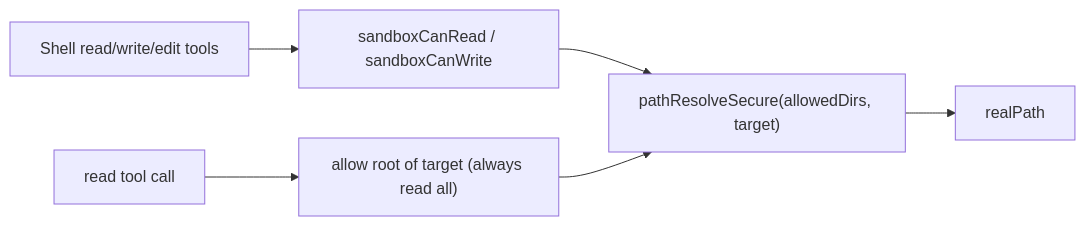
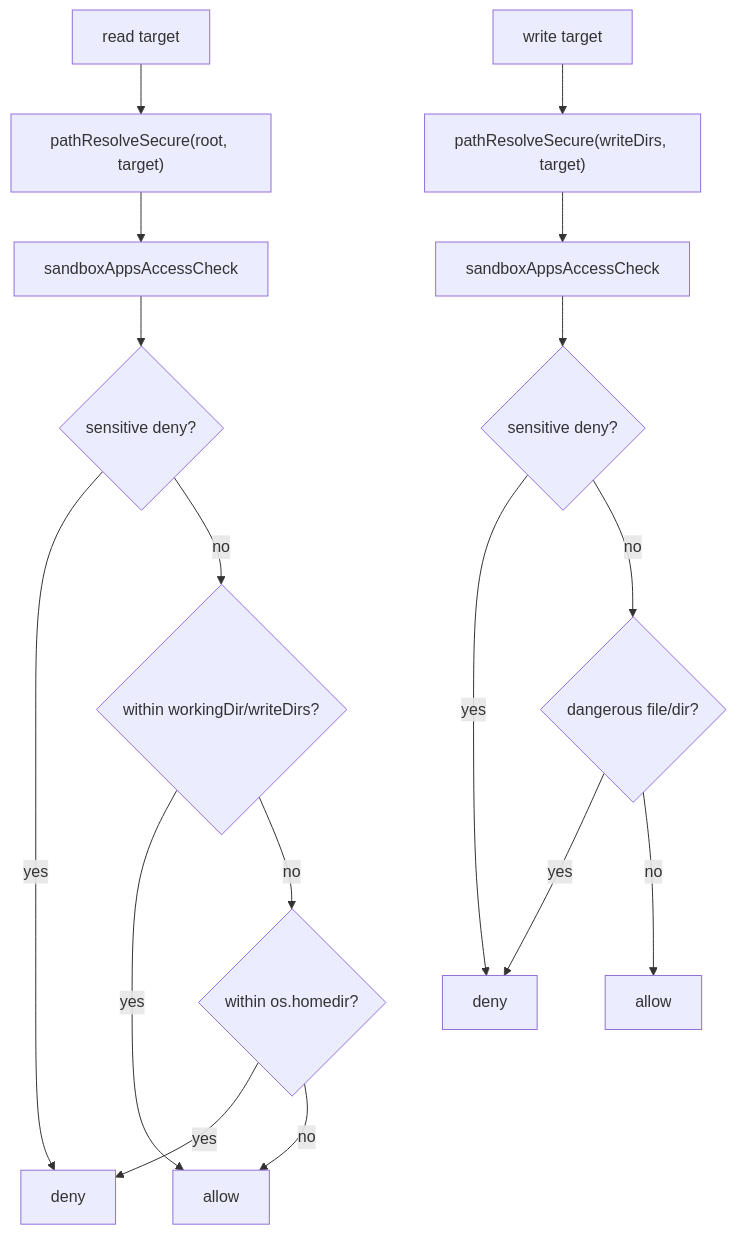
One commit to ex3ndr/daycare changed the diagram in doc/internals/read-write-permission-alignment.md. Above: the diagram before and after it, drawn with Mermaid. The commit also changed other lines of this file and 14 other files, not shown here.

Commit message:
feat(sandbox): align read/write tool permissions with sandbox deny policy

````diff
--- a/doc/internals/read-write-permission-alignment.md
+++ b/doc/internals/read-write-permission-alignment.md
@@ -14,8 +30,20 @@
 ```mermaid
-flowchart LR
-  A["Shell read/write/edit tools"] --> B["sandboxCanRead / sandboxCanWrite"]
-  B --> C["pathResolveSecure(allowedDirs, target)"]
-  C --> D["realPath"]
-  E["read tool call"] --> F["allow root of target (always read all)"]
-  F --> C
+flowchart TD
+  A["read target"] --> B["pathResolveSecure(root, target)"]
+  B --> C["sandboxAppsAccessCheck"]
+  C --> D{"sensitive deny?"}
+  D -- yes --> E["deny"]
+  D -- no --> F{"within workingDir/writeDirs?"}
+  F -- yes --> G["allow"]
+  F -- no --> H{"within os.homedir?"}
+  H -- yes --> E
+  H -- no --> G
+
+  I["write target"] --> J["pathResolveSecure(writeDirs, target)"]
+  J --> K["sandboxAppsAccessCheck"]
+  K --> L{"sensitive deny?"}
+  L -- yes --> M["deny"]
+  L -- no --> N{"dangerous file/dir?"}
+  N -- yes --> M
+  N -- no --> O["allow"]
 ```
````
